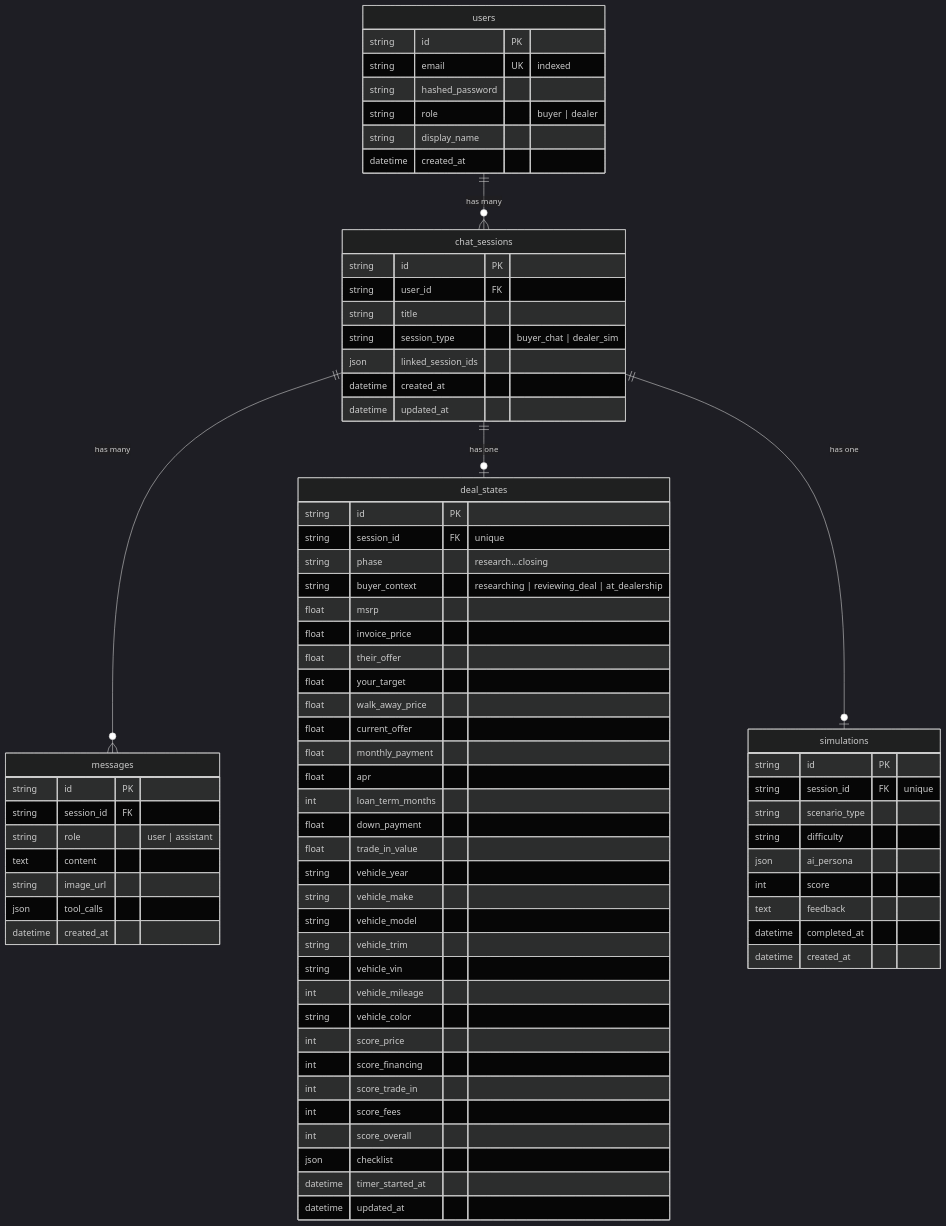
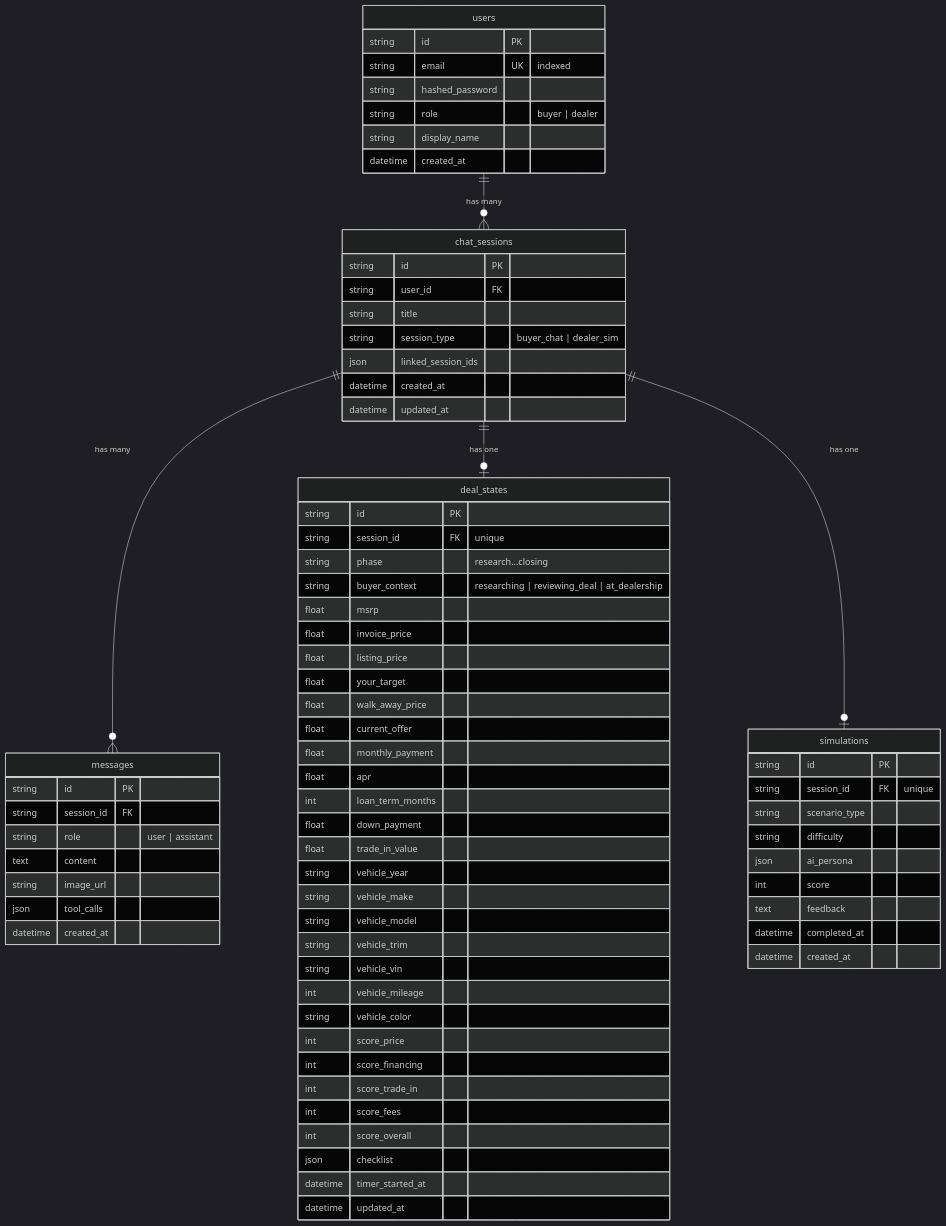
The second of 2 diagrams in docs/TRD.md (kramersmith/dealership-ai), drawn with Mermaid (dark theme) before and after one commit. The commit also changed other lines of this file and 27 other files, not shown here.

First line of the commit message:
fix: major dashboard and AI response fixes with architectural improvements

````diff
--- a/docs/TRD.md
+++ b/docs/TRD.md
@@ -285,81 +292,81 @@
 ```mermaid
 erDiagram
     users ||--o{ chat_sessions : "has many"
     chat_sessions ||--o{ messages : "has many"
     chat_sessions ||--o| deal_states : "has one"
     chat_sessions ||--o| simulations : "has one"
 
     users {
         string id PK
         string email UK "indexed"
         string hashed_password
         string role "buyer | dealer"
         string display_name
         datetime created_at
     }
 
     chat_sessions {
         string id PK
         string user_id FK
         string title
         string session_type "buyer_chat | dealer_sim"
         json linked_session_ids
         datetime created_at
         datetime updated_at
     }
 
     messages {
         string id PK
         string session_id FK
         string role "user | assistant"
         text content
         string image_url
         json tool_calls
         datetime created_at
     }
 
     deal_states {
         string id PK
         string session_id FK "unique"
         string phase "research...closing"
         string buyer_context "researching | reviewing_deal | at_dealership"
         float msrp
         float invoice_price
-        float their_offer
+        float listing_price
         float your_target
         float walk_away_price
         float current_offer
         float monthly_payment
         float apr
         int loan_term_months
         float down_payment
         float trade_in_value
         string vehicle_year
         string vehicle_make
         string vehicle_model
         string vehicle_trim
         string vehicle_vin
         int vehicle_mileage
         string vehicle_color
         int score_price
         int score_financing
         int score_trade_in
         int score_fees
         int score_overall
         json checklist
         datetime timer_started_at
         datetime updated_at
     }
 
     simulations {
         string id PK
         string session_id FK "unique"
         string scenario_type
         string difficulty
         json ai_persona
         int score
         text feedback
         datetime completed_at
         datetime created_at
     }
 ```
````
